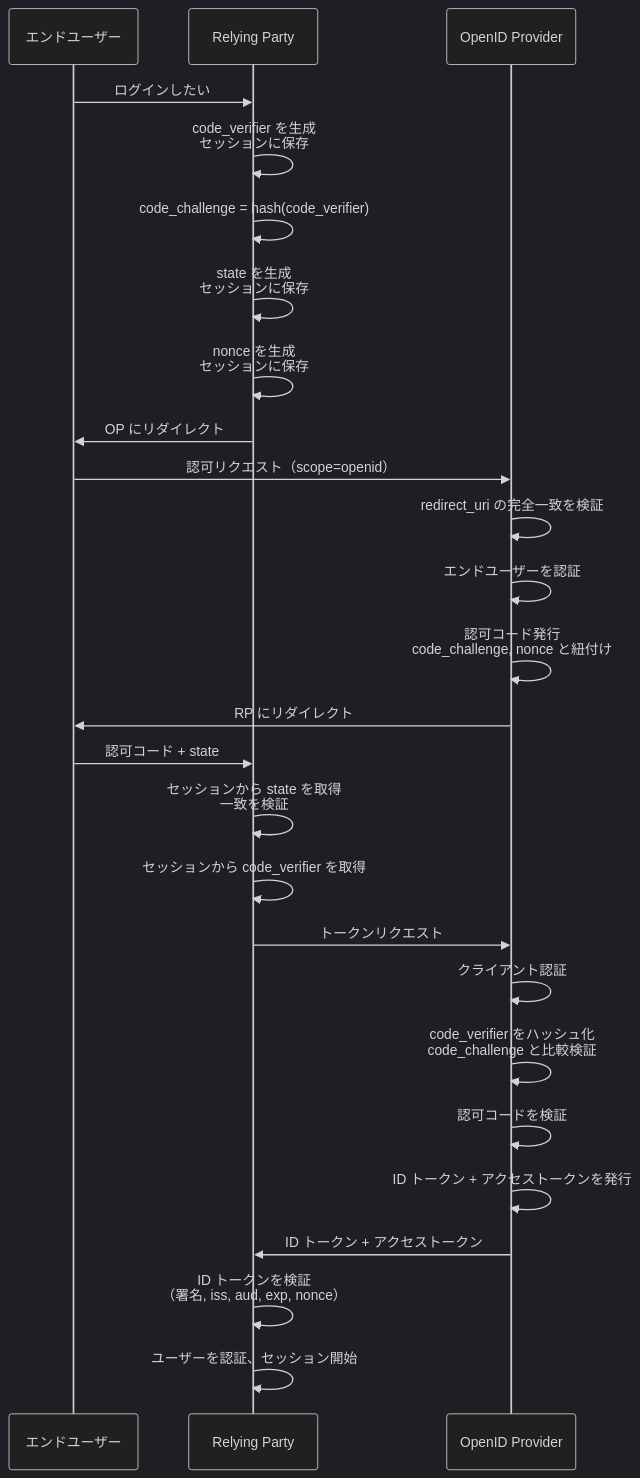
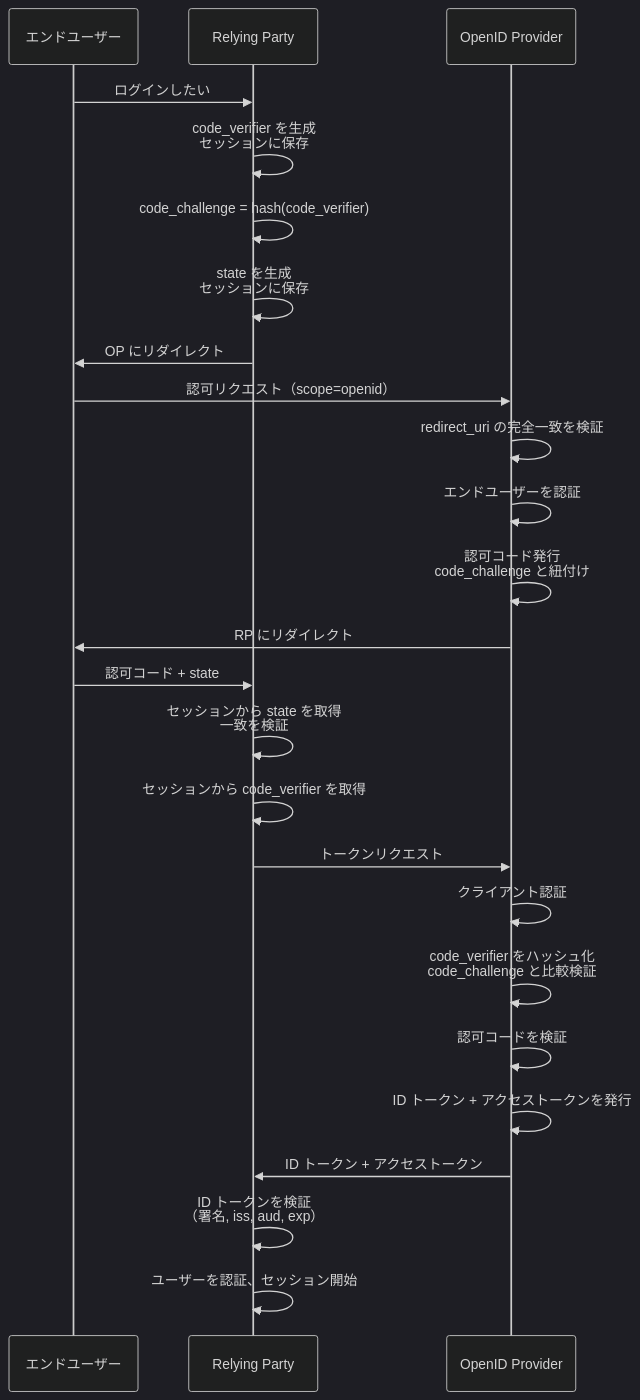
The diagram in books/sikkari-oauth-oidc/26-oidc-complete-flow.md (calloc134/zenn-dir), drawn with Mermaid (dark theme) before and after one commit. The commit also changed other lines of this file, not shown here.

````diff
--- a/books/sikkari-oauth-oidc/26-oidc-complete-flow.md
+++ b/books/sikkari-oauth-oidc/26-oidc-complete-flow.md
@@ -25,29 +24,28 @@
 ```mermaid
 sequenceDiagram
     participant EU as エンドユーザー
     participant RP as Relying Party
     participant OP as OpenID Provider
 
     EU->>RP: ログインしたい
     RP->>RP: code_verifier を生成<br>セッションに保存
     RP->>RP: code_challenge = hash(code_verifier)
     RP->>RP: state を生成<br>セッションに保存
-    RP->>RP: nonce を生成<br>セッションに保存
     RP->>EU: OP にリダイレクト
     EU->>OP: 認可リクエスト（scope=openid）
     OP->>OP: redirect_uri の完全一致を検証
     OP->>OP: エンドユーザーを認証
-    OP->>OP: 認可コード発行<br>code_challenge, nonce と紐付け
+    OP->>OP: 認可コード発行<br>code_challenge と紐付け
     OP->>EU: RP にリダイレクト
     EU->>RP: 認可コード + state
     RP->>RP: セッションから state を取得<br>一致を検証
     RP->>RP: セッションから code_verifier を取得
     RP->>OP: トークンリクエスト
     OP->>OP: クライアント認証
     OP->>OP: code_verifier をハッシュ化<br>code_challenge と比較検証
     OP->>OP: 認可コードを検証
     OP->>OP: ID トークン + アクセストークンを発行
     OP->>RP: ID トークン + アクセストークン
-    RP->>RP: ID トークンを検証<br>（署名, iss, aud, exp, nonce）
+    RP->>RP: ID トークンを検証<br>（署名, iss, aud, exp）
     RP->>RP: ユーザーを認証、セッション開始
 ```
````
